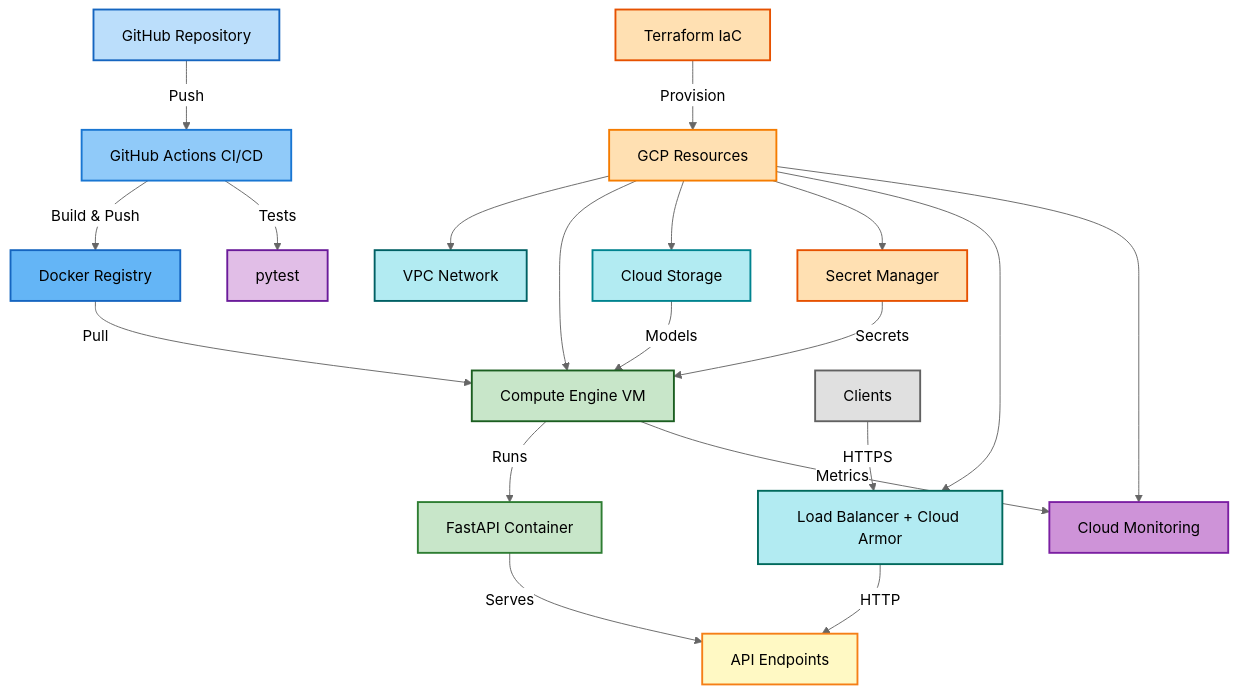
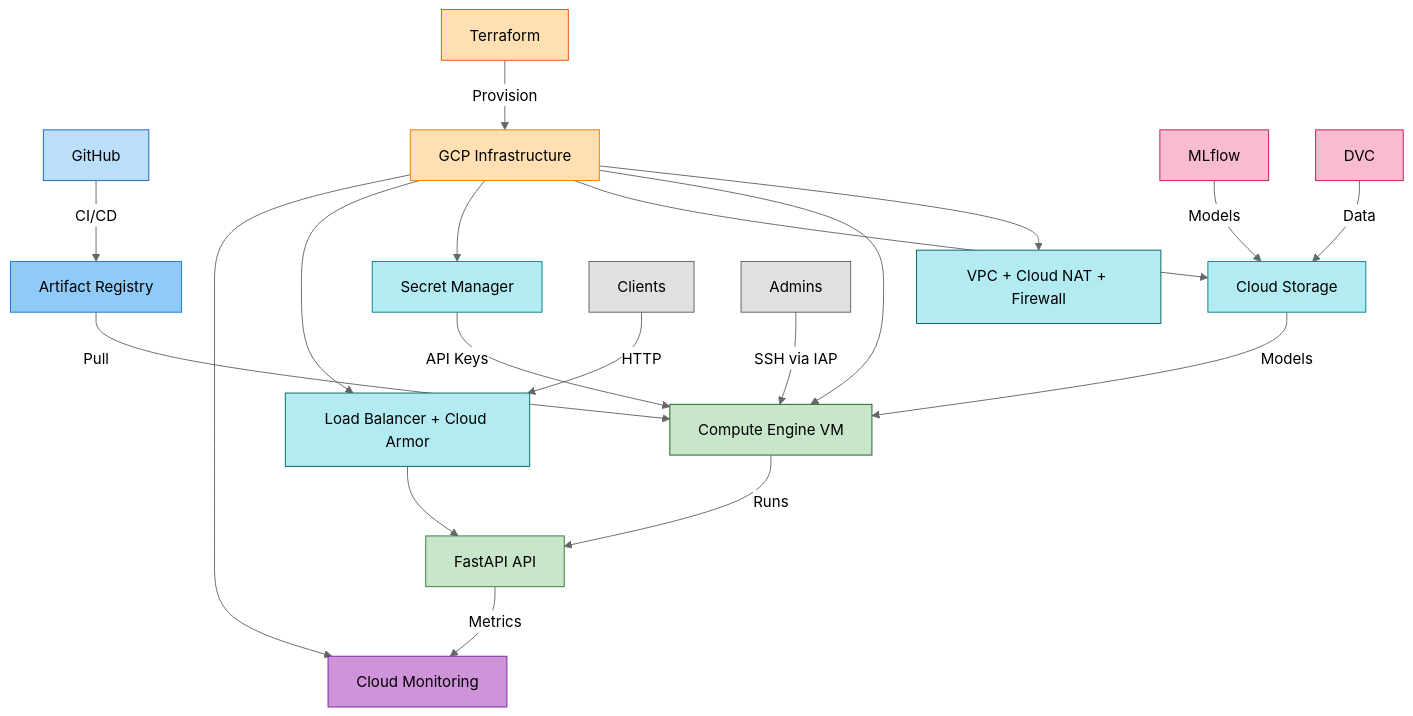
Before and after one commit to estephe-arnaud/mlops-core: the diagram in README.md, drawn with Mermaid (neutral theme). The commit also changed other lines of this file and 14 other files, not shown here.

````diff
--- a/README.md
+++ b/README.md
@@ -79,54 +79,54 @@
 ```mermaid
 graph TB
-    A[GitHub Repository] -->|Push| B[GitHub Actions CI/CD]
-    B -->|Build & Push| C[Docker Registry]
-    B -->|Tests| D[pytest]
+    A[GitHub] -->|CI/CD| B[Artifact Registry]
+    E[Terraform] -->|Provision| F[GCP Infrastructure]
     
-    E[Terraform IaC] -->|Provision| F[GCP Resources]
-    F --> G[VPC Network]
+    F --> G[VPC + Cloud NAT + Firewall]
     F --> H[Compute Engine VM]
     F --> I[Cloud Storage]
     F --> J[Secret Manager]
     F --> N[Load Balancer + Cloud Armor]
     F --> O[Cloud Monitoring]
     
-    C -->|Pull| H
+    ML[MLflow] -->|Models| I
+    DVC[DVC] -->|Data| I
+    
+    B -->|Pull| H
     I -->|Models| H
-    J -->|Secrets| H
+    J -->|API Keys| H
     
-    H -->|Runs| K[FastAPI Container]
-    K -->|Serves| L[API Endpoints]
+    H -->|Runs| K[FastAPI API]
     
-    M[Clients] -->|HTTPS| N
-    N -->|HTTP| L
-    H -->|Metrics| O
+    M[Clients] -->|HTTP| N --> K
+    Q[Admins] -->|SSH via IAP| H
+    K -->|Metrics| O
     
-    %% Source & CI/CD (Bleu clair)
-    style A fill:#bbdefb,stroke:#1565c0,stroke-width:2px
-    style B fill:#90caf9,stroke:#1976d2,stroke-width:2px
-    style C fill:#64b5f6,stroke:#1565c0,stroke-width:2px
+    %% CI/CD (Bleu)
+    style A fill:#bbdefb,stroke:#1565c0
+    style B fill:#90caf9,stroke:#1976d2
     
-    %% Tests & Monitoring (Violet clair)
-    style D fill:#e1bee7,stroke:#6a1b9a,stroke-width:2px
-    style O fill:#ce93d8,stroke:#7b1fa2,stroke-width:2px
+    %% Infrastructure (Orange)
+    style E fill:#ffe0b2,stroke:#e65100
+    style F fill:#ffe0b2,stroke:#f57c00
     
-    %% Infrastructure IaC (Orange clair)
-    style E fill:#ffe0b2,stroke:#e65100,stroke-width:2px
-    style F fill:#ffe0b2,stroke:#f57c00,stroke-width:2px
-    style J fill:#ffe0b2,stroke:#e65100,stroke-width:2px
+    %% Réseau (Cyan)
+    style G fill:#b2ebf2,stroke:#006064
+    style I fill:#b2ebf2,stroke:#00838f
+    style J fill:#b2ebf2,stroke:#00838f
+    style N fill:#b2ebf2,stroke:#00695c
     
-    %% GCP Network & Storage (Cyan clair)
-    style G fill:#b2ebf2,stroke:#006064,stroke-width:2px
-    style I fill:#b2ebf2,stroke:#00838f,stroke-width:2px
-    style N fill:#b2ebf2,stroke:#00695c,stroke-width:2px
+    %% Compute (Vert)
+    style H fill:#c8e6c9,stroke:#1b5e20
+    style K fill:#c8e6c9,stroke:#2e7d32
     
-    %% Compute & Runtime (Vert clair)
-    style H fill:#c8e6c9,stroke:#1b5e20,stroke-width:2px
-    style K fill:#c8e6c9,stroke:#2e7d32,stroke-width:2px
+    %% Monitoring (Violet)
+    style O fill:#ce93d8,stroke:#7b1fa2
     
-    %% API & Endpoints (Jaune clair)
-    style L fill:#fff9c4,stroke:#f57f17,stroke-width:2px
+    %% MLOps (Rose)
+    style ML fill:#f8bbd0,stroke:#c2185b
+    style DVC fill:#f8bbd0,stroke:#c2185b
     
-    %% Clients (Gris clair)
-    style M fill:#e0e0e0,stroke:#616161,stroke-width:2px
+    %% Users (Gris)
+    style M fill:#e0e0e0,stroke:#616161
+    style Q fill:#e0e0e0,stroke:#616161
 ```
````
